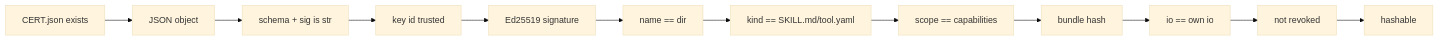
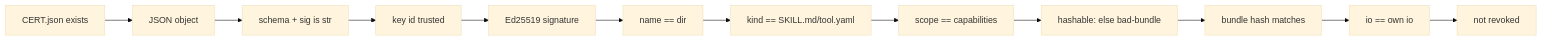
One commit to Muxite/moeka changed the diagram in specs/012-capability-provenance/plan.md. Above: the diagram before and after it, drawn with Mermaid (base theme). The commit also changed other lines of this file and 3 other files, not shown here.

First line of the commit message:
report bad-bundle at the hash step

````diff
--- a/specs/012-capability-provenance/plan.md
+++ b/specs/012-capability-provenance/plan.md
@@ -25,7 +25,7 @@
 ```mermaid
 flowchart LR
     A[CERT.json exists] --> B[JSON object] --> C[schema + sig is str] --> D[key id trusted]
     D --> E[Ed25519 signature] --> F[name == dir] --> G[kind == SKILL.md/tool.yaml]
-    G --> H[scope == capabilities] --> I[bundle hash] --> J[io == own io] --> K[not revoked]
-    K --> L[hashable]
+    G --> H[scope == capabilities] --> I[hashable: else bad-bundle] --> J[bundle hash matches]
+    J --> K[io == own io] --> L[not revoked]
 ```
````
